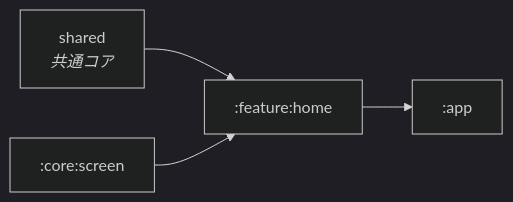
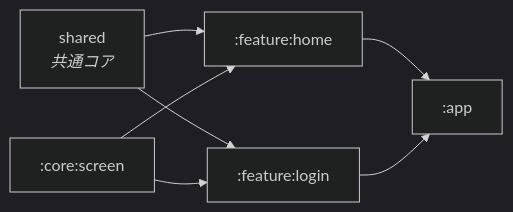
Before and after one commit to yossibank/android-app-template: the second of 2 diagrams in README.md, drawn with Mermaid (dark theme). The commit also changed other lines of this file and 39 other files, not shown here.

````diff
--- a/README.md
+++ b/README.md
@@ -37,10 +37,14 @@
 ```mermaid
 flowchart LR
     SHARED["shared<br/><i>共通コア</i>"]
     SCREEN[":core:screen"]
     HOME[":feature:home"]
+    LOGIN[":feature:login"]
     APP[":app"]
     SHARED --> HOME
     SCREEN --> HOME
+    SHARED --> LOGIN
+    SCREEN --> LOGIN
     HOME --> APP
+    LOGIN --> APP
 ```
````
